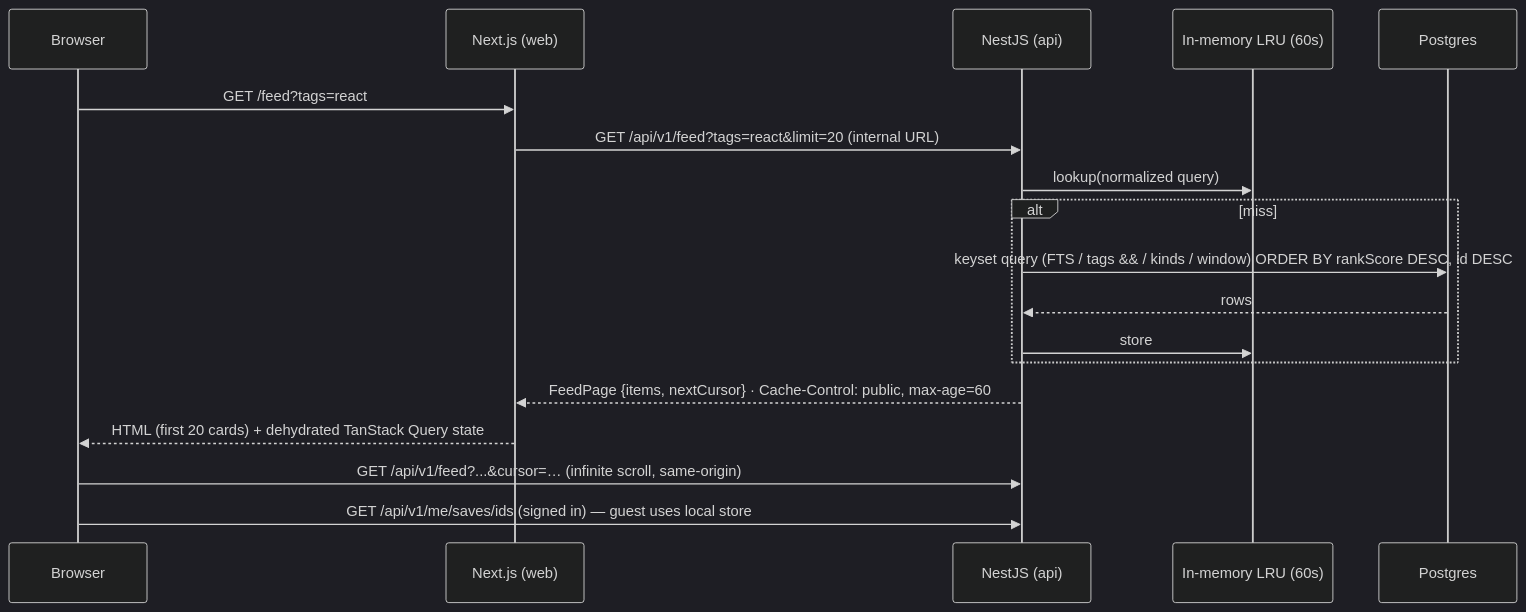
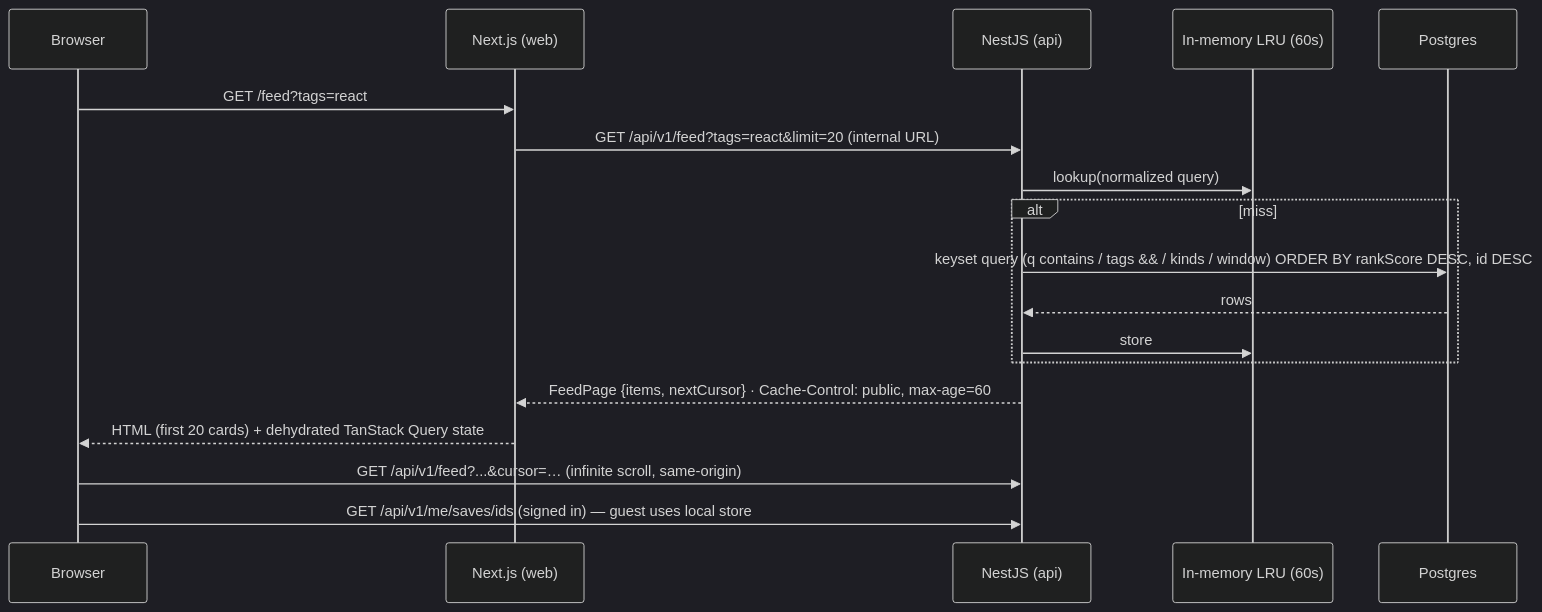
The third of 6 diagrams in docs/prd.md (soheilaghayour/dev-brief), drawn with Mermaid (dark theme) before and after one commit. The commit also changed other lines of this file and 1 other file, not shown here.

First line of the commit message:
PRD: feed search is a plain "contains" search of any length, and results highlight the match (#185)

````diff
--- a/docs/prd.md
+++ b/docs/prd.md
@@ -665,20 +677,20 @@
 ```mermaid
 sequenceDiagram
   participant B as Browser
   participant N as Next.js (web)
   participant A as NestJS (api)
   participant C as In-memory LRU (60s)
   participant P as Postgres
   B->>N: GET /feed?tags=react
   N->>A: GET /api/v1/feed?tags=react&limit=20 (internal URL)
   A->>C: lookup(normalized query)
   alt miss
-    A->>P: keyset query (FTS / tags && / kinds / window) ORDER BY rankScore DESC, id DESC
+    A->>P: keyset query (q contains / tags && / kinds / window) ORDER BY rankScore DESC, id DESC
     P-->>A: rows
     A->>C: store
   end
   A-->>N: FeedPage {items, nextCursor} · Cache-Control: public, max-age=60
   N-->>B: HTML (first 20 cards) + dehydrated TanStack Query state
   B->>A: GET /api/v1/feed?...&cursor=… (infinite scroll, same-origin)
   B->>A: GET /api/v1/me/saves/ids (signed in) — guest uses local store
 ```
````
